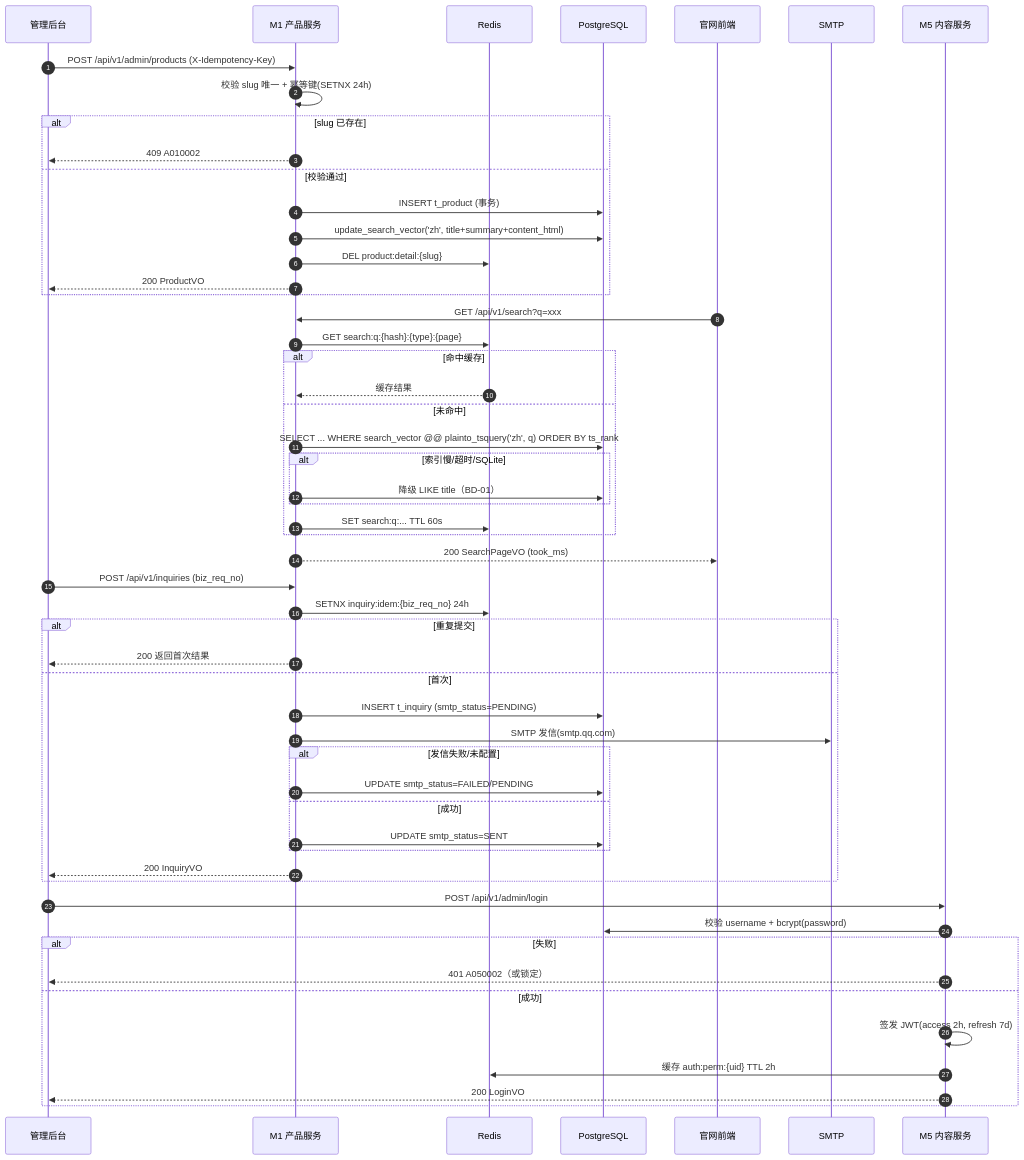
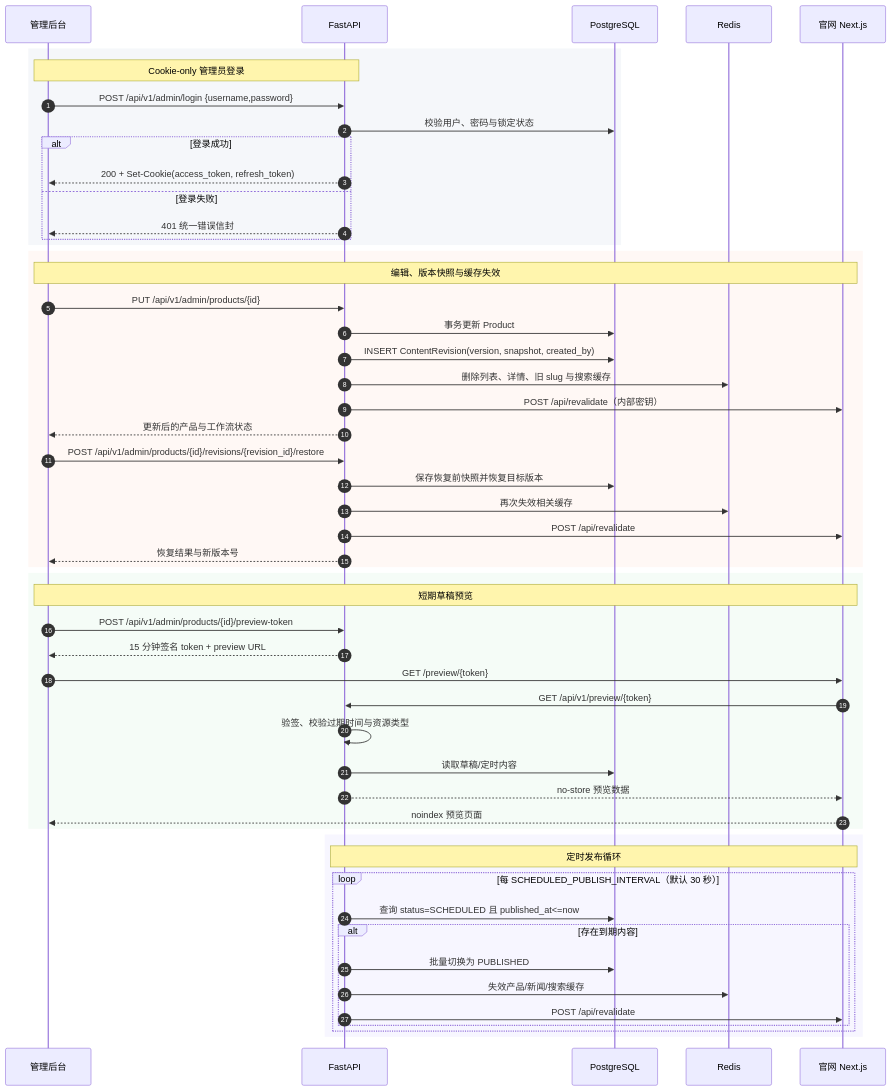
Before and after one commit to zengbbxx11/full-stack-songdian: the diagram in backend/docs/sequence-diagram.mermaid, drawn with Mermaid. The commit also changed 66 other files, not shown here.

```diff
--- a/backend/docs/sequence-diagram.mermaid
+++ b/backend/docs/sequence-diagram.mermaid
@@ -1,61 +1,58 @@
 sequenceDiagram
     autonumber
-    %% ── 创建产品（M1）──
     participant A as 管理后台
-    participant M as M1 产品服务
+    participant API as FastAPI
+    participant DB as PostgreSQL
     participant R as Redis
-    participant P as PostgreSQL
-    A->>M: POST /api/v1/admin/products (X-Idempotency-Key)
-    M->>M: 校验 slug 唯一 + 幂等键(SETNX 24h)
-    alt slug 已存在
-        M-->>A: 409 A010002
-    else 校验通过
-        M->>P: INSERT t_product (事务)
-        M->>P: update_search_vector('zh', title+summary+content_html)
-        M->>R: DEL product:detail:{slug}
-        M-->>A: 200 ProductVO
+    participant F as 官网 Next.js
+
+    rect rgb(245, 247, 250)
+        Note over A,API: Cookie-only 管理员登录
+        A->>API: POST /api/v1/admin/login {username,password}
+        API->>DB: 校验用户、密码与锁定状态
+        alt 登录成功
+            API-->>A: 200 + Set-Cookie(access_token, refresh_token)
+        else 登录失败
+            API-->>A: 401 统一错误信封
+        end
     end
 
-    %% ── 联合搜索（M3，含降级 BD-01）──
-    participant W as 官网前端
-    W->>M: GET /api/v1/search?q=xxx
-    M->>R: GET search:q:{hash}:{type}:{page}
-    alt 命中缓存
-        R-->>M: 缓存结果
-    else 未命中
-        M->>P: SELECT ... WHERE search_vector @@ plainto_tsquery('zh', q) ORDER BY ts_rank
-        alt 索引慢/超时/SQLite
-            M->>P: 降级 LIKE title（BD-01）
-        end
-        M->>R: SET search:q:... TTL 60s
-    end
-    M-->>W: 200 SearchPageVO (took_ms)
+    rect rgb(255, 248, 245)
+        Note over A,F: 编辑、版本快照与缓存失效
+        A->>API: PUT /api/v1/admin/products/{id}
+        API->>DB: 事务更新 Product
+        API->>DB: INSERT ContentRevision(version, snapshot, created_by)
+        API->>R: 删除列表、详情、旧 slug 与搜索缓存
+        API->>F: POST /api/revalidate（内部密钥）
+        API-->>A: 更新后的产品与工作流状态
 
-    %% ── 提交询盘（M4，含 SMTP/幂等）──
-    participant S as SMTP
-    A->>M: POST /api/v1/inquiries (biz_req_no)
-    M->>R: SETNX inquiry:idem:{biz_req_no} 24h
-    alt 重复提交
-        M-->>A: 200 返回首次结果
-    else 首次
-        M->>P: INSERT t_inquiry (smtp_status=PENDING)
-        M->>S: SMTP 发信(smtp.qq.com)
-        alt 发信失败/未配置
-            M->>P: UPDATE smtp_status=FAILED/PENDING
-        else 成功
-            M->>P: UPDATE smtp_status=SENT
-        end
-        M-->>A: 200 InquiryVO
+        A->>API: POST /api/v1/admin/products/{id}/revisions/{revision_id}/restore
+        API->>DB: 保存恢复前快照并恢复目标版本
+        API->>R: 再次失效相关缓存
+        API->>F: POST /api/revalidate
+        API-->>A: 恢复结果与新版本号
     end
 
-    %% ── 后台登录（M5，JWT+权限缓存+审计）──
-    participant C as M5 内容服务
-    A->>C: POST /api/v1/admin/login
-    C->>P: 校验 username + bcrypt(password)
-    alt 失败
-        C-->>A: 401 A050002（或锁定）
-    else 成功
-        C->>C: 签发 JWT(access 2h, refresh 7d)
-        C->>R: 缓存 auth:perm:{uid} TTL 2h
-        C-->>A: 200 LoginVO
+    rect rgb(245, 252, 247)
+        Note over A,F: 短期草稿预览
+        A->>API: POST /api/v1/admin/products/{id}/preview-token
+        API-->>A: 15 分钟签名 token + preview URL
+        A->>F: GET /preview/{token}
+        F->>API: GET /api/v1/preview/{token}
+        API->>API: 验签、校验过期时间与资源类型
+        API->>DB: 读取草稿/定时内容
+        API-->>F: no-store 预览数据
+        F-->>A: noindex 预览页面
     end
+
+    rect rgb(247, 246, 255)
+        Note over API,F: 定时发布循环
+        loop 每 SCHEDULED_PUBLISH_INTERVAL（默认 30 秒）
+            API->>DB: 查询 status=SCHEDULED 且 published_at<=now
+            alt 存在到期内容
+                API->>DB: 批量切换为 PUBLISHED
+                API->>R: 失效产品/新闻/搜索缓存
+                API->>F: POST /api/revalidate
+            end
+        end
+    end
```
